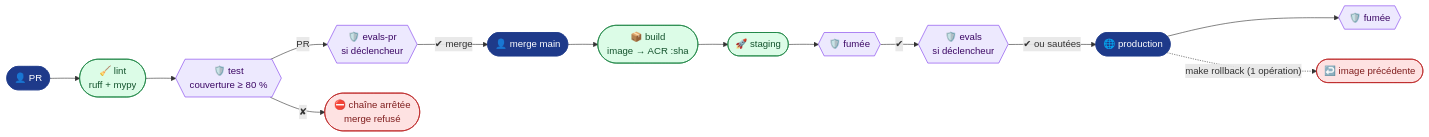
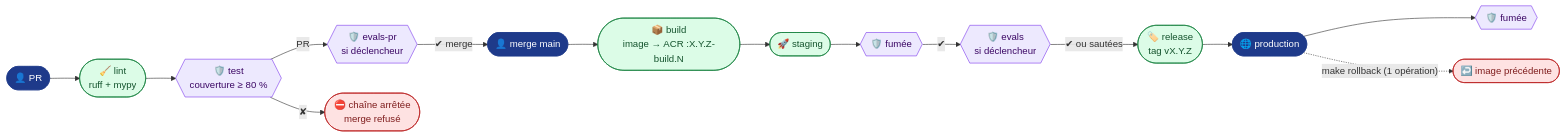
One commit to acerolaz/agentinsurflow changed the diagram in README.md. Above: the diagram before and after it, drawn with Mermaid. The commit also changed other lines of this file and 8 other files, not shown here.

First line of the commit message:
Versionnement : artefact X.Y.Z-build.N et tag de release vX.Y.Z avant la production

````diff
--- a/README.md
+++ b/README.md
@@ -10,17 +10,17 @@
 ```mermaid
 flowchart LR
     PR(["👤 PR"]) --> L(["🧹 lint<br/>ruff + mypy"]) --> T{{"🛡️ test<br/>couverture ≥ 80 %"}}
     T -- "PR" --> EP{{"🛡️ evals-pr<br/>si déclencheur"}} -- "✔ merge" --> M(["👤 merge main"])
-    M --> B(["📦 build<br/>image → ACR :sha"]) --> S(["🚀 staging"]) --> FS{{"🛡️ fumée"}}
-    FS -- "✔" --> EV{{"🛡️ evals<br/>si déclencheur"}} -- "✔ ou sautées" --> P(["🌐 production"]) --> FP{{"🛡️ fumée"}}
+    M --> B(["📦 build<br/>image → ACR :X.Y.Z-build.N"]) --> S(["🚀 staging"]) --> FS{{"🛡️ fumée"}}
+    FS -- "✔" --> EV{{"🛡️ evals<br/>si déclencheur"}} -- "✔ ou sautées" --> R(["🏷️ release<br/>tag vX.Y.Z"]) --> P(["🌐 production"]) --> FP{{"🛡️ fumée"}}
     T -- "✘" --> X(["⛔ chaîne arrêtée<br/>merge refusé"])
     P -. "make rollback (1 opération)" .-> RB(["↩️ image précédente"])
     classDef plat fill:#1E3A8A,stroke:#1E3A8A,color:#fff
     classDef ok fill:#DCFCE7,stroke:#15803D,color:#14532D
     classDef ko fill:#FEE2E2,stroke:#B91C1C,color:#7F1D1D
     classDef gate fill:#EDE9FE,stroke:#7C3AED,color:#3B0764
     class PR,M,P plat
-    class L,B,S ok
+    class L,B,S,R ok
     class X,RB ko
     class T,EP,FS,EV,FP gate
 ```
````
